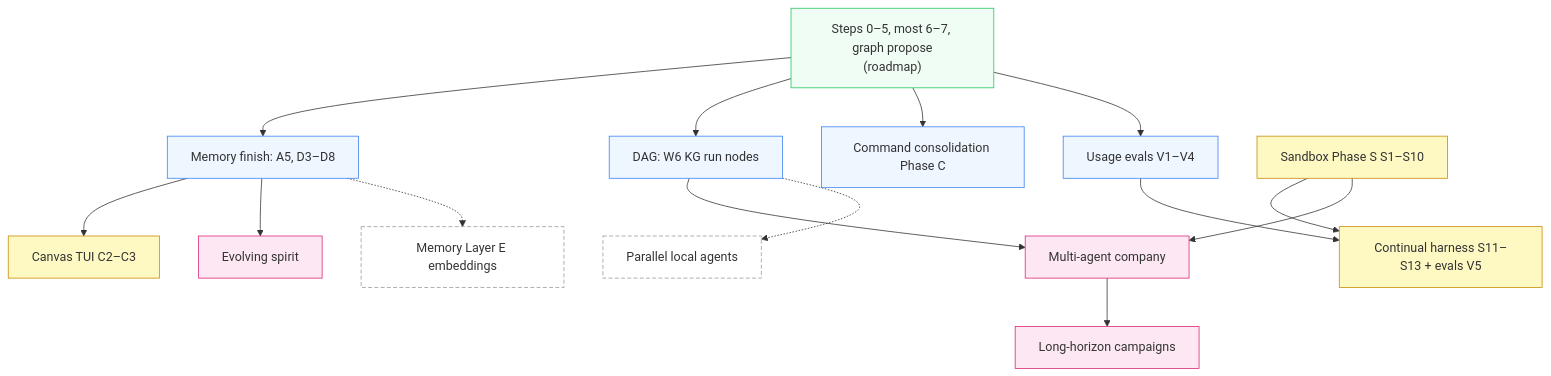
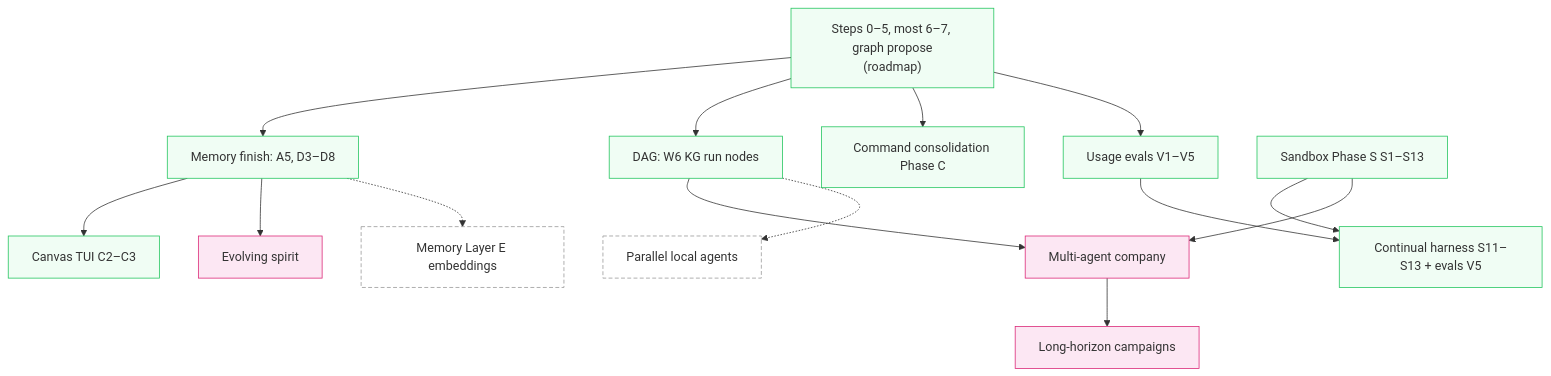
One commit to XD-Builder/environment-setup changed the diagram in lmloop/docs/IMPLEMENTATION_PLAN.md. Above: the diagram before and after it, drawn with Mermaid. The commit also changed other lines of this file and 36 other files, not shown here.

First line of the commit message:
feat: ship wave 2 sandbox isolation, canvas, and abstention

````diff
--- a/lmloop/docs/IMPLEMENTATION_PLAN.md
+++ b/lmloop/docs/IMPLEMENTATION_PLAN.md
@@ -48,37 +48,37 @@
 ```mermaid
 flowchart TD
   classDef done fill:#f0fdf4,stroke:#22c55e
   classDef wave1 fill:#eef6ff,stroke:#3b82f6
   classDef wave2 fill:#fef9c3,stroke:#ca8a04
   classDef wave3 fill:#fce7f3,stroke:#db2777
   classDef wave4 fill:#f5f5f5,stroke:#666
   classDef defer fill:#fff,stroke:#999,stroke-dasharray:5 3
 
   shipped["Steps 0–5, most 6–7, graph propose<br/>(roadmap)"]:::done
-  mem["Memory finish: A5, D3–D8"]:::wave1
-  dag["DAG: W6 KG run nodes"]:::wave1
-  cmd["Command consolidation Phase C"]:::wave1
-  evals["Usage evals V1–V4"]:::wave1
-  sandbox["Sandbox Phase S S1–S10"]:::wave2
-  canvas["Canvas TUI C2–C3"]:::wave2
-  cont["Continual harness S11–S13 + evals V5"]:::wave2
+  mem["Memory finish: A5, D3–D8"]:::done
+  dag["DAG: W6 KG run nodes"]:::done
+  cmd["Command consolidation Phase C"]:::done
+  evals["Usage evals V1–V5"]:::done
+  sandbox["Sandbox Phase S S1–S13"]:::done
+  canvas["Canvas TUI C2–C3"]:::done
+  cont["Continual harness S11–S13 + evals V5"]:::done
   company["Multi-agent company"]:::wave3
   spirit["Evolving spirit"]:::wave3
   horizon["Long-horizon campaigns"]:::wave3
   emb["Memory Layer E embeddings"]:::defer
   par["Parallel local agents"]:::defer
 
   shipped --> mem
   shipped --> dag
   shipped --> cmd
   shipped --> evals
   mem --> canvas
   evals --> cont
   sandbox --> cont
   sandbox --> company
   dag --> company
   mem --> spirit
   company --> horizon
   mem -.-> emb
   dag -.-> par
 ```
````
